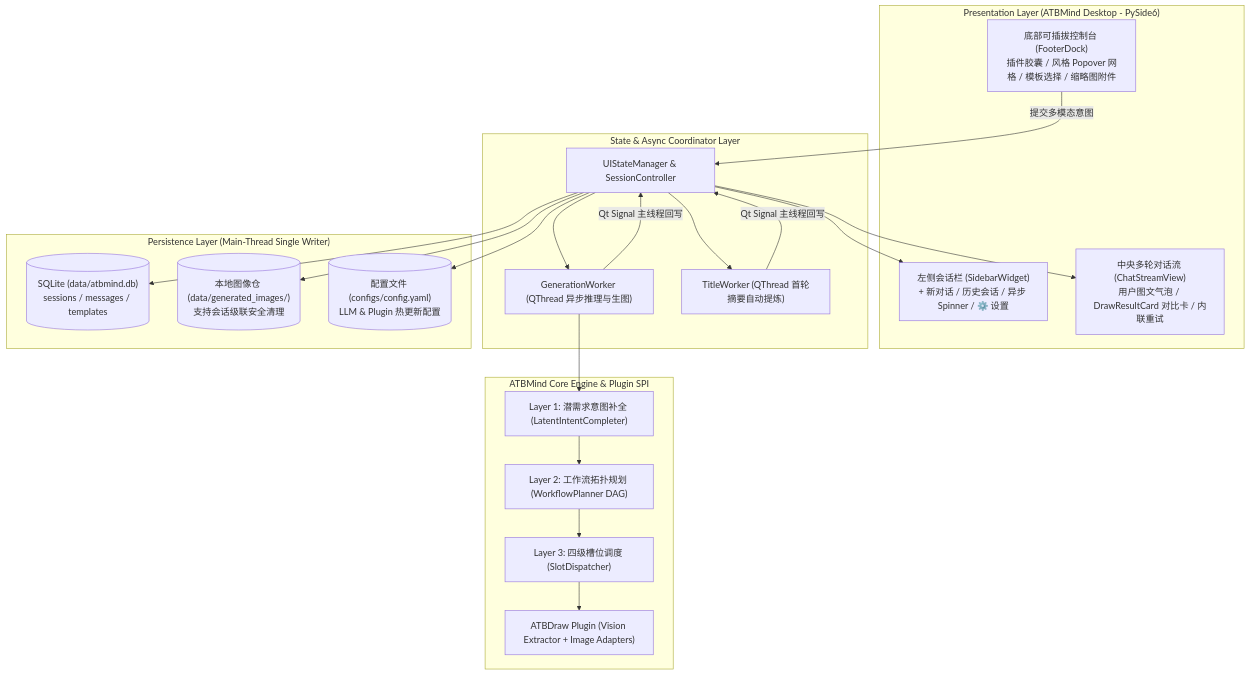
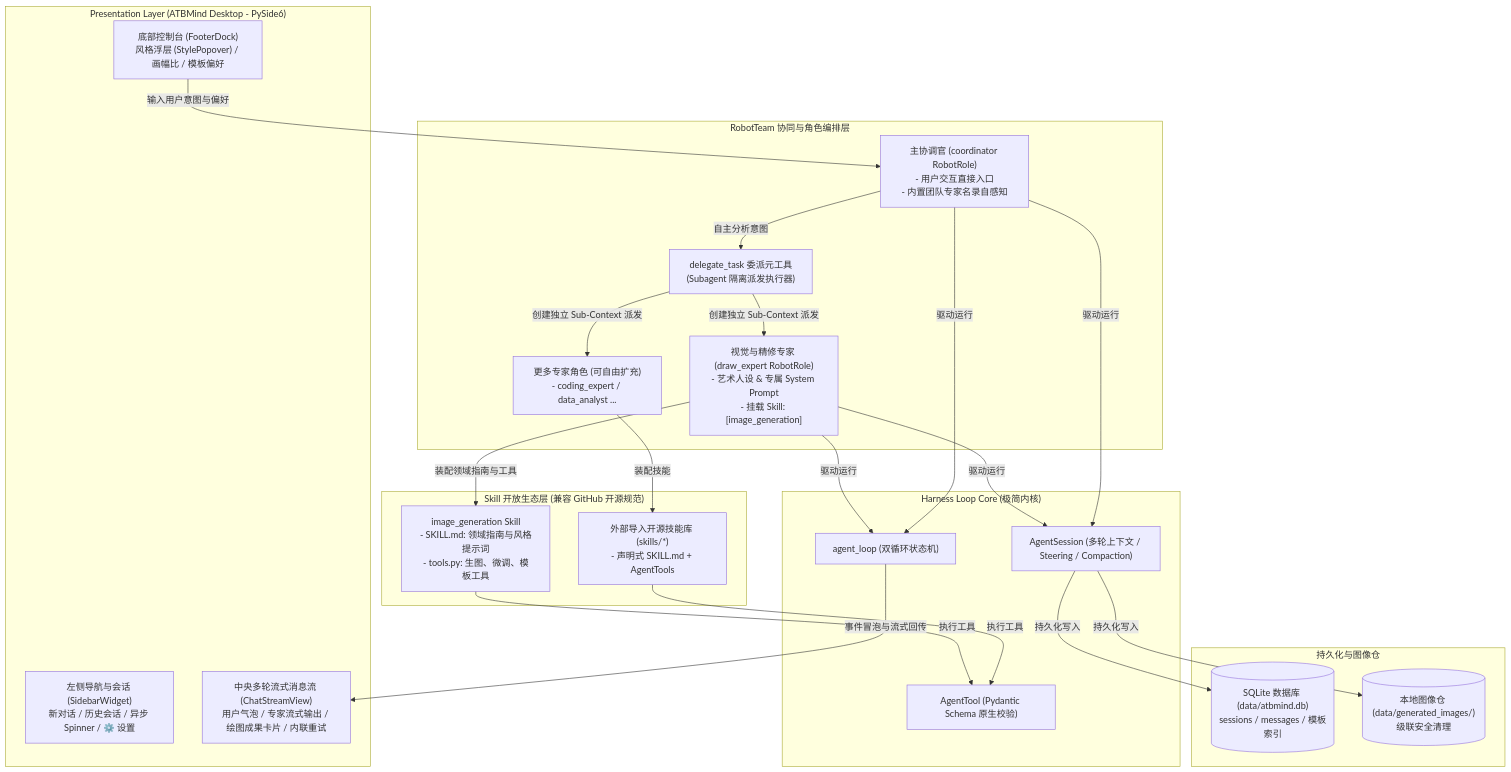
One commit to aitobox/ATBMind changed the diagram in README.md. Above: the diagram before and after it, drawn with Mermaid. The commit also changed other lines of this file, not shown here.

Commit message:
docs: update README with RobotRole and Skill architecture documentation

````diff
--- a/README.md
+++ b/README.md
@@ -23,34 +26,41 @@
 ```mermaid
 flowchart TB
     subgraph UI["Presentation Layer (ATBMind Desktop - PySide6)"]
-        Sidebar["左侧会话栏 (SidebarWidget)<br/>+ 新对话 / 历史会话 / 异步 Spinner / ⚙️ 设置"]
-        Chat["中央多轮对话流 (ChatStreamView)<br/>用户图文气泡 / DrawResultCard 对比卡 / 内联重试"]
-        Footer["底部可插拔控制台 (FooterDock)<br/>插件胶囊 / 风格 Popover 网格 / 模板选择 / 缩略图附件"]
+        Sidebar["左侧导航与会话 (SidebarWidget)<br/>新对话 / 历史会话 / 异步 Spinner / ⚙️ 设置"]
+        Chat["中央多轮流式消息流 (ChatStreamView)<br/>用户气泡 / 专家流式输出 / 绘图成果卡片 / 内联重试"]
+        Footer["底部控制台 (FooterDock)<br/>风格浮层 (StylePopover) / 画幅比 / 模板偏好"]
     end
 
-    subgraph State["State & Async Coordinator Layer"]
-        StateMgr["UIStateManager & SessionController"]
-        GenWorker["GenerationWorker (QThread 异步推理与生图)"]
-        TitleWorker["TitleWorker (QThread 首轮摘要自动提炼)"]
+    subgraph Team["RobotTeam 协同与角色编排层"]
+        Coord["主协调官 (coordinator RobotRole)<br/>- 用户交互直接入口<br/>- 内置团队专家名录自感知"]
+        MetaTool["delegate_task 委派元工具<br/>(Subagent 隔离派发执行器)"]
+        DrawRole["视觉与精修专家 (draw_expert RobotRole)<br/>- 艺术人设 & 专属 System Prompt<br/>- 挂载 Skill: [image_generation]"]
+        OtherRoles["更多专家角色 (可自由扩充)<br/>- coding_expert / data_analyst ..."]
     end
 
-    subgraph Core["ATBMind Core Engine & Plugin SPI"]
-        L1["Layer 1: 潜需求意图补全 (LatentIntentCompleter)"]
-        L2["Layer 2: 工作流拓扑规划 (WorkflowPlanner DAG)"]
-        L3["Layer 3: 四级槽位调度 (SlotDispatcher)"]
-        DrawPlugin["ATBDraw Plugin (Vision Extractor + Image Adapters)"]
+    subgraph Skills["Skill 开放生态层 (兼容 GitHub 开源规范)"]
+        ImgSkill["image_generation Skill<br/>- SKILL.md: 领域指南与风格提示词<br/>- tools.py: 生图、微调、模板工具"]
+        OpenSkills["外部导入开源技能库 (skills/*)<br/>- 声明式 SKILL.md + AgentTools"]
     end
 
-    subgraph Storage["Persistence Layer (Main-Thread Single Writer)"]
-        DB[("SQLite (data/atbmind.db)<br/>sessions / messages / templates")]
-        ImgStore[("本地图像仓 (data/generated_images/)<br/>支持会话级联安全清理")]
-        Config[("配置文件 (configs/config.yaml)<br/>LLM & Plugin 热更新配置")]
+    subgraph Core["Harness Loop Core (极简内核)"]
+        Loop["agent_loop (双循环状态机)"]
+        Session["AgentSession (多轮上下文 / Steering / Compaction)"]
+        ToolsBase["AgentTool (Pydantic Schema 原生校验)"]
     end
 
-    Footer -->|"提交多模态意图"| StateMgr
-    StateMgr --> GenWorker & TitleWorker
-    GenWorker --> L1 --> L2 --> L3 --> DrawPlugin
-    GenWorker & TitleWorker -->|"Qt Signal 主线程回写"| StateMgr
-    StateMgr --> Chat & Sidebar
-    StateMgr --> DB & ImgStore & Config
+    subgraph Storage["持久化与图像仓"]
+        DB[("SQLite 数据库 (data/atbmind.db)<br/>sessions / messages / 模板索引")]
+        ImgStore[("本地图像仓 (data/generated_images/)<br/>级联安全清理")]
+    end
+
+    Footer -->|"输入用户意图与偏好"| Coord
+    Coord -->|"自主分析意图"| MetaTool
+    MetaTool -->|"创建独立 Sub-Context 派发"| DrawRole & OtherRoles
+    DrawRole -->|"装配领域指南与工具"| ImgSkill
+    OtherRoles -->|"装配技能"| OpenSkills
+    ImgSkill & OpenSkills -->|"执行工具"| ToolsBase
+    DrawRole & Coord -->|"驱动运行"| Loop & Session
+    Loop -->|"事件冒泡与流式回传"| Chat
+    Session -->|"持久化写入"| DB & ImgStore
 ```
````
